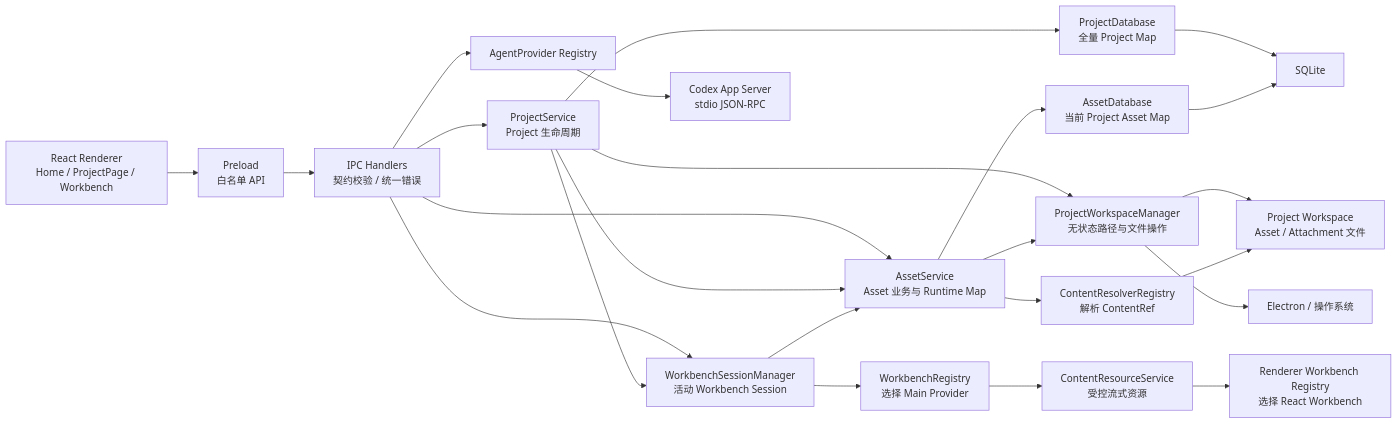
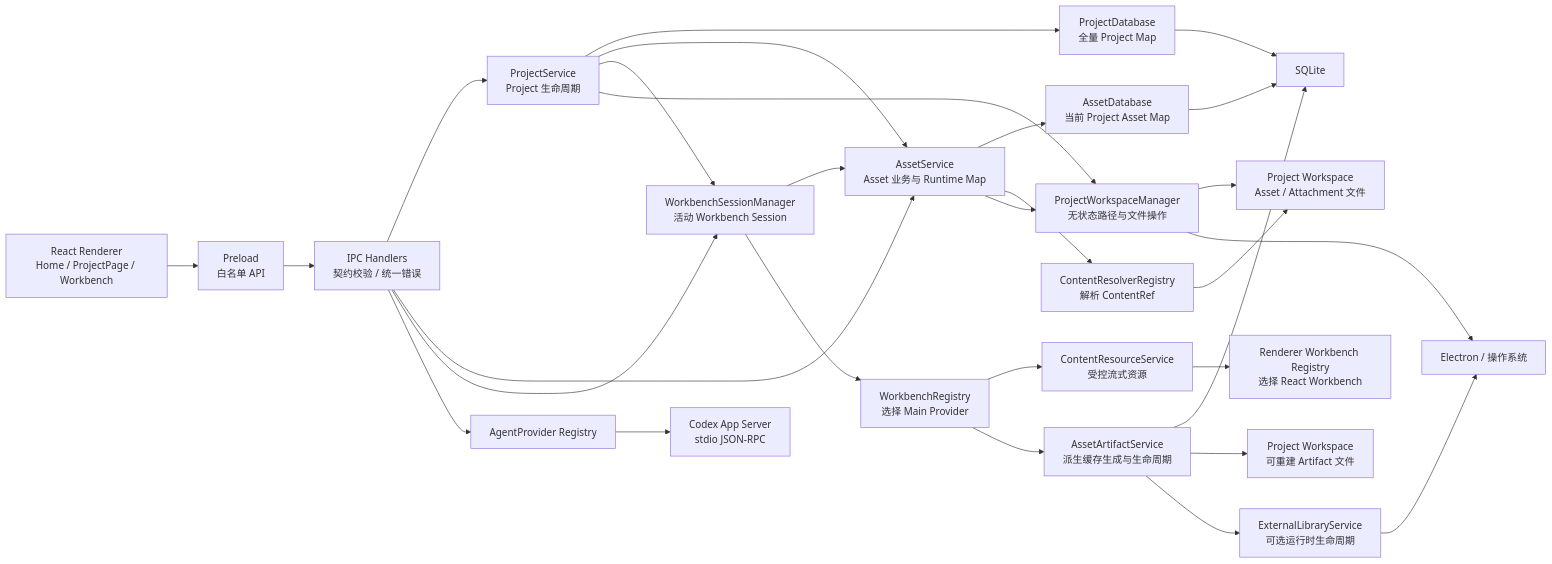
Before and after one commit to wu-tian807/learning-companion: the diagram in TECH_STACK.md, drawn with Mermaid. The commit also changed other lines of this file and 3 other files, not shown here.

````diff
--- a/TECH_STACK.md
+++ b/TECH_STACK.md
@@ -96,53 +96,61 @@
 ```mermaid
 flowchart LR
     UI["React Renderer<br/>Home / ProjectPage / Workbench"]
     PRELOAD["Preload<br/>白名单 API"]
     IPC["IPC Handlers<br/>契约校验 / 统一错误"]
 
     PS["ProjectService<br/>Project 生命周期"]
     AS["AssetService<br/>Asset 业务与 Runtime Map"]
     PDB["ProjectDatabase<br/>全量 Project Map"]
     ADB["AssetDatabase<br/>当前 Project Asset Map"]
     PWM["ProjectWorkspaceManager<br/>无状态路径与文件操作"]
 
     WSM["WorkbenchSessionManager<br/>活动 Workbench Session"]
     WR["WorkbenchRegistry<br/>选择 Main Provider"]
     CR["ContentResolverRegistry<br/>解析 ContentRef"]
     RS["ContentResourceService<br/>受控流式资源"]
     RR["Renderer Workbench Registry<br/>选择 React Workbench"]
+    ARTS["AssetArtifactService<br/>派生缓存生成与生命周期"]
+    EXT["ExternalLibraryService<br/>可选运行时生命周期"]
 
     DB["SQLite"]
     FILES["Project Workspace<br/>Asset / Attachment 文件"]
+    ARTIFACTS["Project Workspace<br/>可重建 Artifact 文件"]
     OS["Electron / 操作系统"]
 
     AGENT["AgentProvider Registry"]
     CODEX["Codex App Server<br/>stdio JSON-RPC"]
 
     UI --> PRELOAD --> IPC
     IPC --> PS
     IPC --> AS
     IPC --> WSM
 
     PS --> PDB
     PS --> AS
     PS --> WSM
     PS --> PWM
 
     AS --> ADB
     AS --> CR
     AS --> PWM
 
     PDB --> DB
     ADB --> DB
     PWM --> FILES
     PWM --> OS
 
     WSM --> AS
     WSM --> WR
     CR --> FILES
     WR --> RS
+    WR --> ARTS
+    ARTS --> DB
+    ARTS --> ARTIFACTS
+    ARTS --> EXT
+    EXT --> OS
     RS --> RR
 
     IPC --> AGENT
     AGENT --> CODEX
 ```
````
